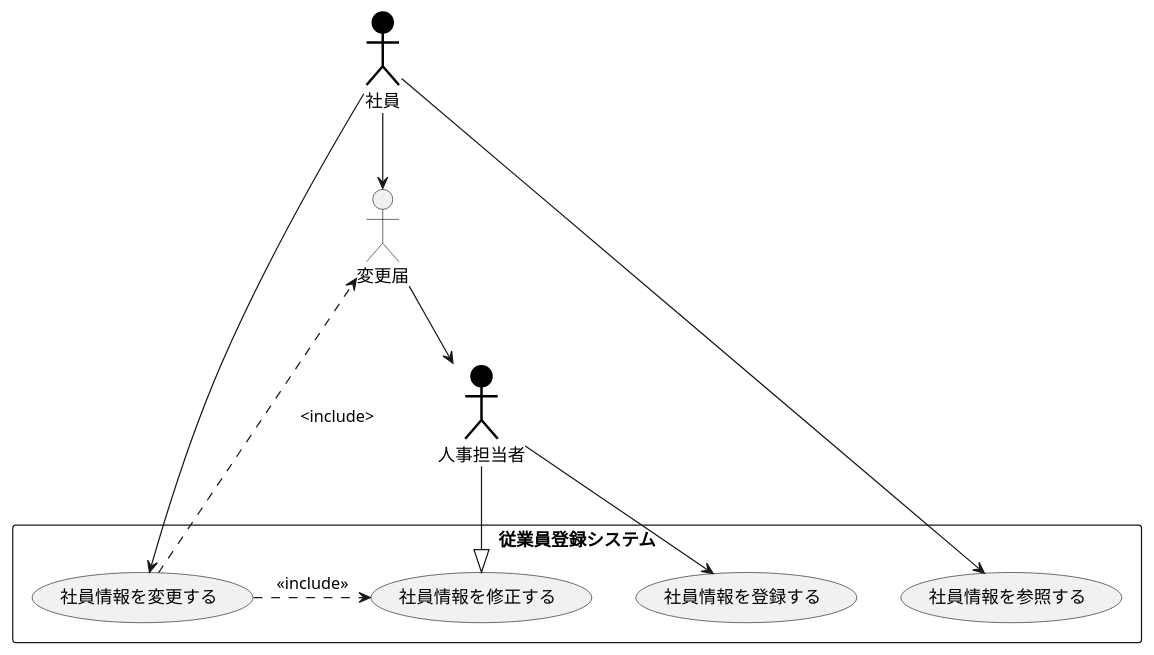
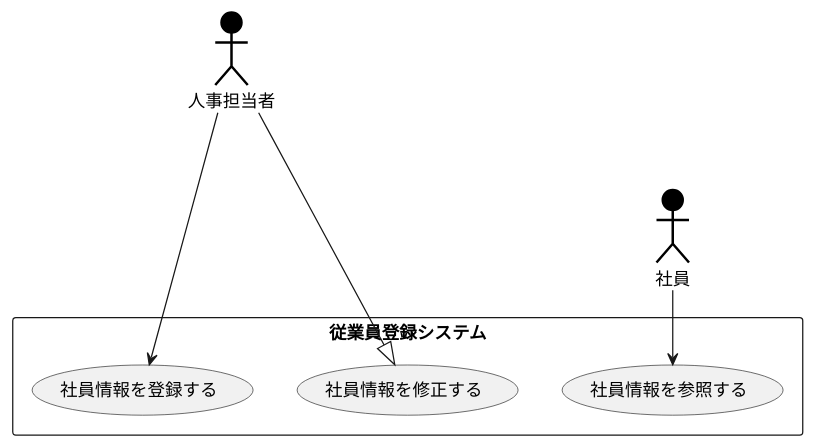
Before and after one commit to IshiYoshi765/uml-introduction: the diagram in 演習2-6_盛岡システム_従業員登録システム.pu, drawn with PlantUML.

Commit message:
演習2-6を修正

```diff
--- a/演習2-6_盛岡システム_従業員登録システム.pu
+++ b/演習2-6_盛岡システム_従業員登録システム.pu
@@ -1,18 +1,12 @@
 @startuml ユースケース図
 actor 人事担当者 #000000;line:black;line.bold;
 actor 社員 #000000;line:black;line.bold;
 rectangle 従業員登録システム{
-usecase 社員情報を変更する
 usecase 社員情報を登録する
 usecase 社員情報を参照する
 usecase 社員情報を修正する
 }
-社員 --> 社員情報を変更する
 社員 --> 社員情報を参照する
-社員 --> 変更届
 人事担当者 ---> 社員情報を登録する
 人事担当者 --|> 社員情報を修正する
-変更届 --> 人事担当者
-社員情報を変更する .> 変更届:<include>
-社員情報を変更する.> 社員情報を修正する:<<include>>
 @enduml
```
